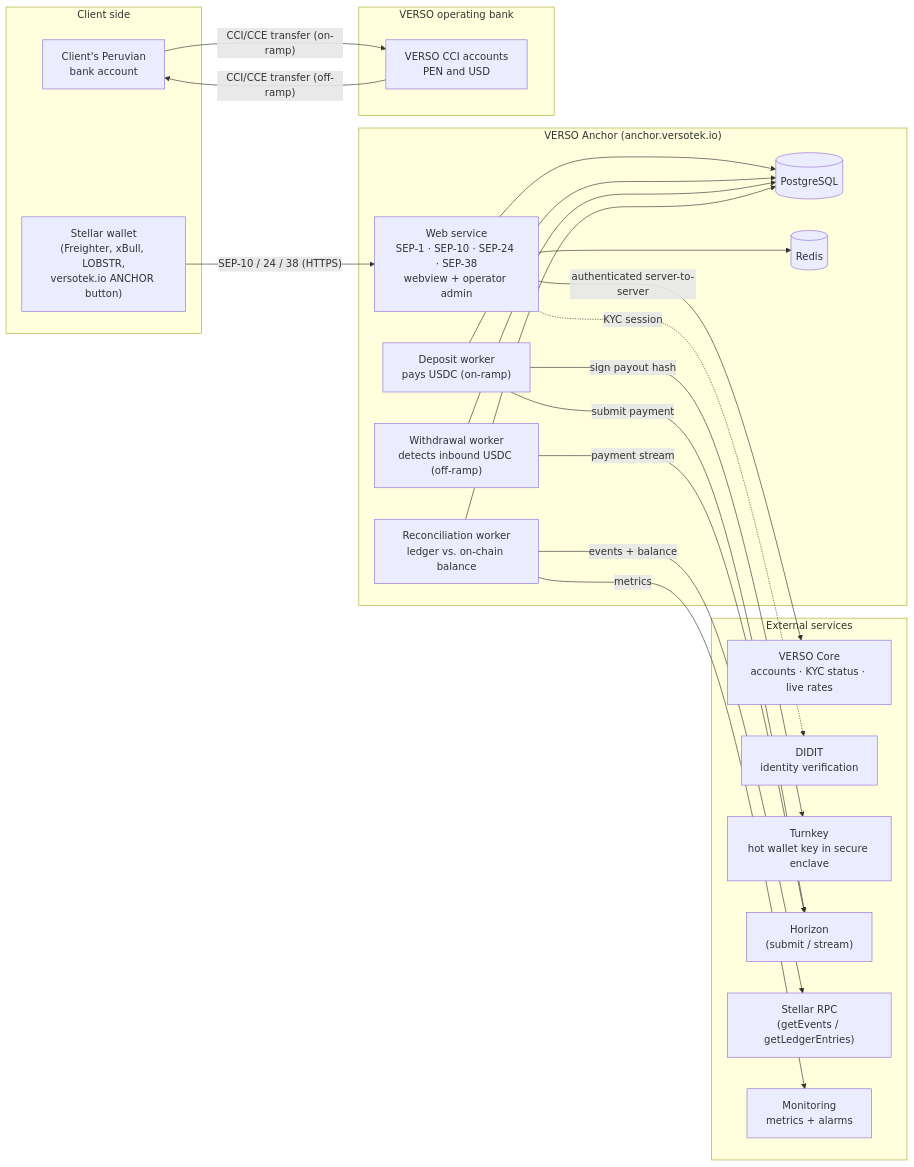
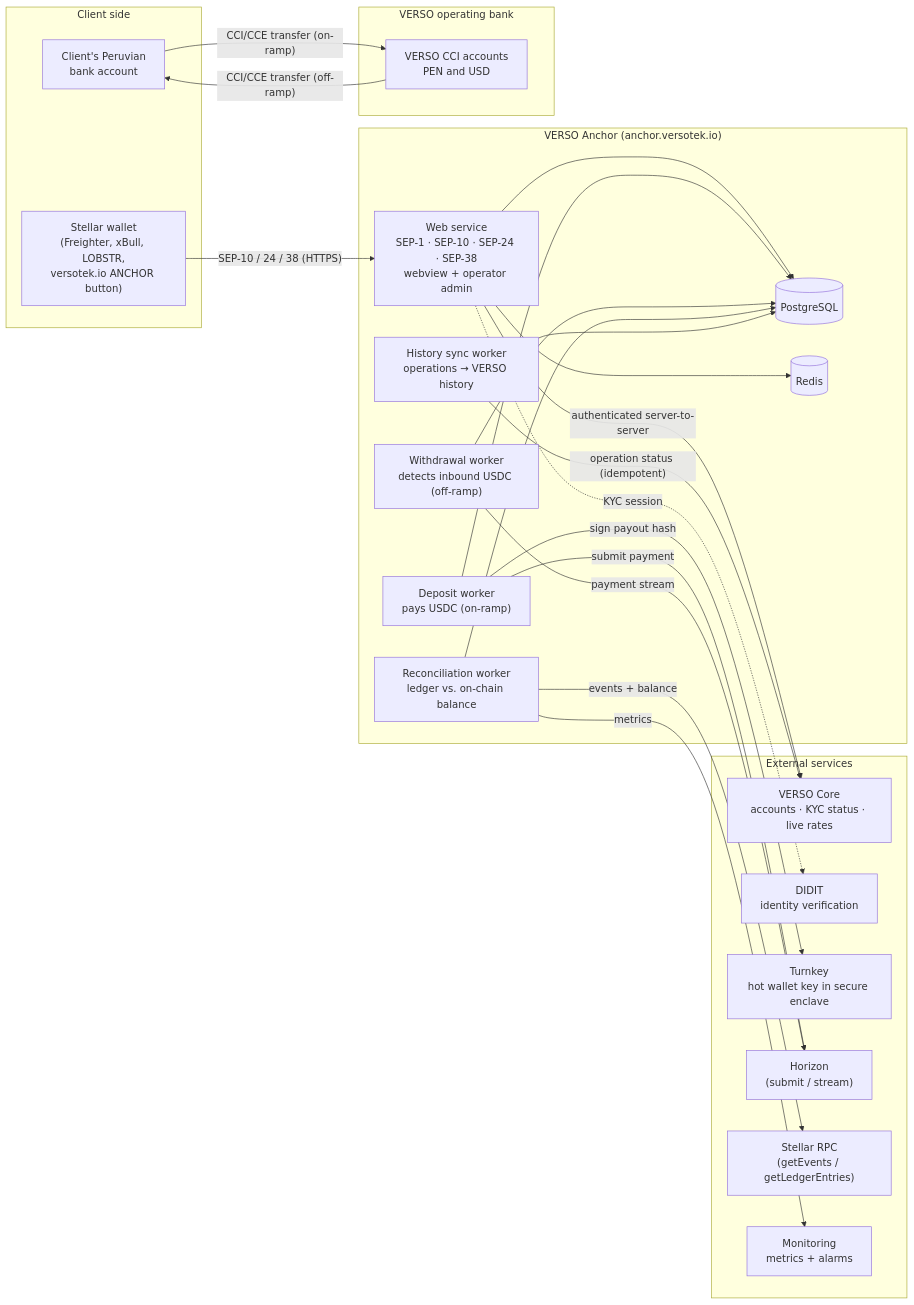
Before and after one commit to WildorAP/VERSO-SDF: the first of 3 diagrams in docs/ARCHITECTURE.md, drawn with Mermaid. The commit also changed other lines of this file and 10 other files, not shown here.

````diff
--- a/docs/ARCHITECTURE.md
+++ b/docs/ARCHITECTURE.md
@@ -24,45 +24,48 @@
 ```mermaid
 flowchart LR
     subgraph Client["Client side"]
         W["Stellar wallet<br/>(Freighter, xBull, LOBSTR,<br/>versotek.io ANCHOR button)"]
         B["Client's Peruvian<br/>bank account"]
     end
 
     subgraph Anchor["VERSO Anchor (anchor.versotek.io)"]
         WEB["Web service<br/>SEP-1 · SEP-10 · SEP-24 · SEP-38<br/>webview + operator admin"]
         DEP["Deposit worker<br/>pays USDC (on-ramp)"]
         WIT["Withdrawal worker<br/>detects inbound USDC (off-ramp)"]
         REC["Reconciliation worker<br/>ledger vs. on-chain balance"]
+        SYN["History sync worker<br/>operations → VERSO history"]
         DB[("PostgreSQL")]
         RD[("Redis")]
     end
 
     subgraph External["External services"]
         CORE["VERSO Core<br/>accounts · KYC status · live rates"]
         KYC["DIDIT<br/>identity verification"]
         TK["Turnkey<br/>hot wallet key in secure enclave"]
         HZ["Horizon<br/>(submit / stream)"]
         RPC["Stellar RPC<br/>(getEvents / getLedgerEntries)"]
         CW["Monitoring<br/>metrics + alarms"]
     end
 
     subgraph Bank["VERSO operating bank"]
         VB["VERSO CCI accounts<br/>PEN and USD"]
     end
 
     W -- "SEP-10 / 24 / 38 (HTTPS)" --> WEB
     WEB -- "authenticated server-to-server" --> CORE
     WEB -. "KYC session" .-> KYC
     WEB --> DB
     WEB --> RD
     DEP --> DB
     WIT --> DB
     REC --> DB
+    SYN --> DB
+    SYN -- "operation status (idempotent)" --> CORE
     DEP -- "sign payout hash" --> TK
     DEP -- "submit payment" --> HZ
     WIT -- "payment stream" --> HZ
     REC -- "events + balance" --> RPC
     REC -- "metrics" --> CW
     B -- "CCI/CCE transfer (on-ramp)" --> VB
     VB -- "CCI/CCE transfer (off-ramp)" --> B
 ```
````
